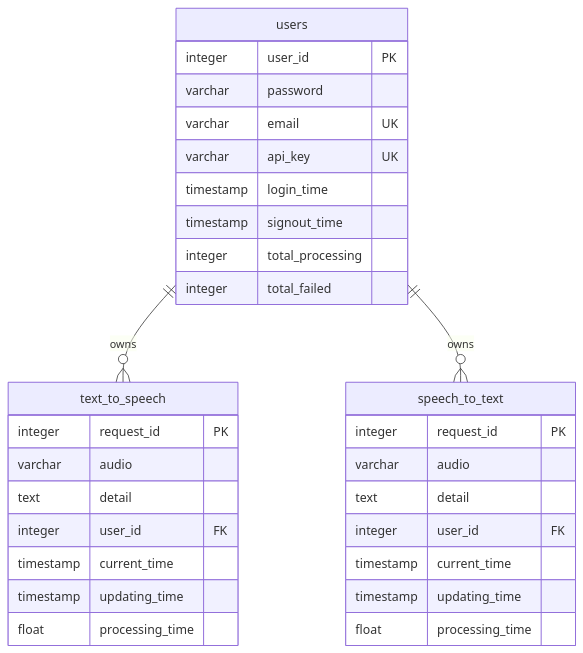
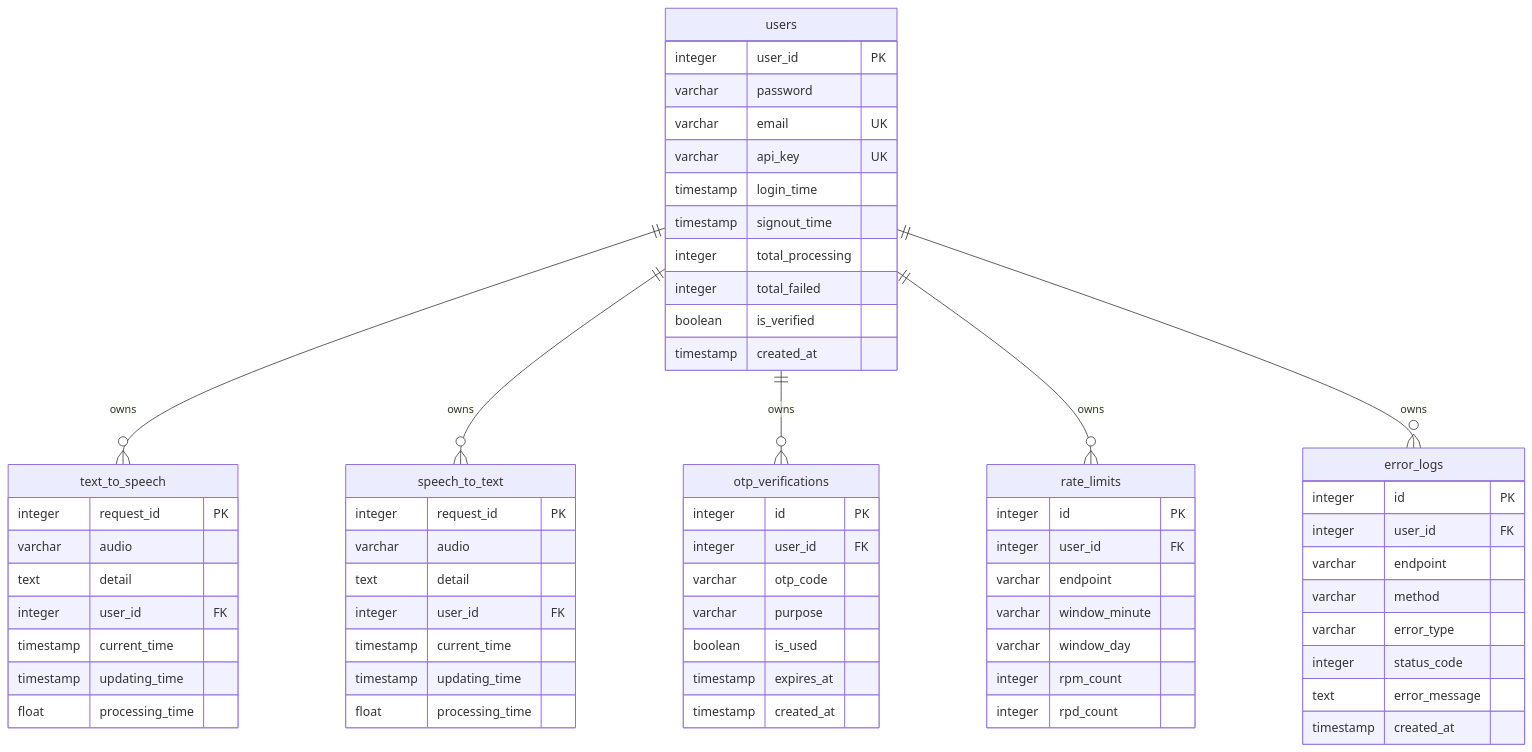
One commit to kreativetimebox/kdext_conversa_ai_gateway_api changed the fifth of 5 diagrams in README.md. Above: the diagram before and after it, drawn with Mermaid. The commit also changed other lines of this file, not shown here.

Commit message:
docs: update README with OTP, rate limiting, error logging, new env vars

````diff
--- a/README.md
+++ b/README.md
@@ -316,36 +318,71 @@
 ```mermaid
 erDiagram
     users ||--o{ text_to_speech : owns
     users ||--o{ speech_to_text : owns
+    users ||--o{ otp_verifications : owns
+    users ||--o{ rate_limits : owns
+    users ||--o{ error_logs : owns
 
     users {
         integer user_id PK
         varchar password
         varchar email UK
         varchar api_key UK
         timestamp login_time
         timestamp signout_time
         integer total_processing
         integer total_failed
+        boolean is_verified
+        timestamp created_at
     }
 
     text_to_speech {
         integer request_id PK
         varchar audio
         text detail
         integer user_id FK
         timestamp current_time
         timestamp updating_time
         float processing_time
     }
 
     speech_to_text {
         integer request_id PK
         varchar audio
         text detail
         integer user_id FK
         timestamp current_time
         timestamp updating_time
         float processing_time
     }
+    otp_verifications {
+        integer id PK
+        integer user_id FK
+        varchar otp_code
+        varchar purpose
+        boolean is_used
+        timestamp expires_at
+        timestamp created_at
+    }
+
+    rate_limits {
+        integer id PK
+        integer user_id FK
+        varchar endpoint
+        varchar window_minute
+        varchar window_day
+        integer rpm_count
+        integer rpd_count
+    }
+
+    error_logs {
+        integer id PK
+        integer user_id FK
+        varchar endpoint
+        varchar method
+        varchar error_type
+        integer status_code
+        text error_message
+        timestamp created_at
+    }
 ```
````
